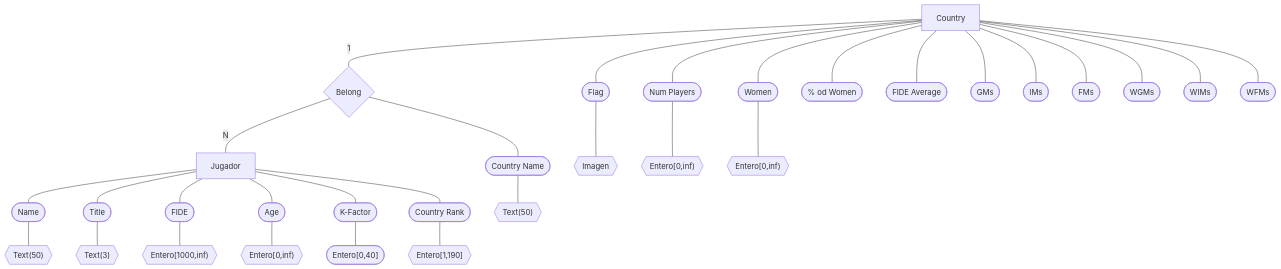
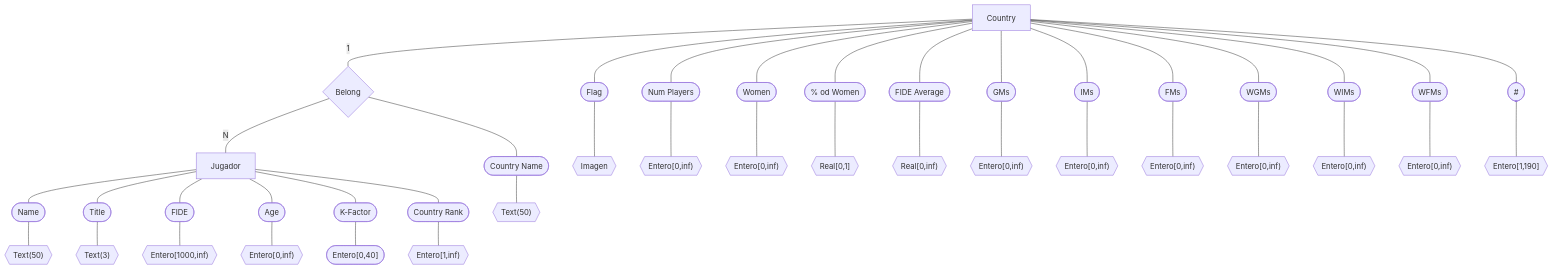
The diagram in TAREA2.md (HelenaCarrillo/BDR), drawn with Mermaid before and after one commit.

Commit message:
FLOWCHART edit

````diff
--- a/TAREA2.md
+++ b/TAREA2.md
@@ -3,35 +3,45 @@
 ```mermaid
 flowchart 
     id1[Jugador]---j1([Name])
     j1---dj1{{"Text(50)"}}
     id1[Jugador]---j2([Title])
     j2---dj2{{"Text(3)"}}
     id1[Jugador]---j3([FIDE])
     j3---dj3{{"Entero[1000,inf)"}}
     id1---j4([Age])
     j4---dj4{{"Entero[0,inf)"}}
     id1---j5([K-Factor])
     j5---dj5(["Entero[0,40]"])
     id2[Country]--1---r1{Belong}
     r1--N---id1
     id1---j6([Country Rank])
-    j6---dj6{{"Entero[1,190]"}}
+    j6---dj6{{"Entero[1,inf)"}}
     jc2---djc2{{"Text(50)"}}
     r1---jc2([Country Name])
     id2---c1([Flag])
     c1---dc1{{Imagen}}
     id2---c2([Num Players])
     c2---dc2{{"Entero[0,inf)"}}
     id2---c3([Women])
     c3---dc3{{"Entero[0,inf)"}}
     id2---c4([% od Women])
+    c4---dc4{{"Real[0,1]"}}
     id2---c5([FIDE Average])
+    c5---dc5{{"Real[0,inf)"}}
     id2---c6([GMs])
+    c6---dc6{{"Entero[0,inf)"}}
     id2---c7([IMs])
+    c7---dc7{{"Entero[0,inf)"}}
     id2---c8([FMs])
+    c8---dc8{{"Entero[0,inf)"}}
     id2---c9([WGMs])
+    c9---dc9{{"Entero[0,inf)"}}
     id2---c10([WIMs])
+    c10---dc10{{"Entero[0,inf)"}}
     id2---c11([WFMs])
+    c11---dc11{{"Entero[0,inf)"}}
+    id2---c12(["#"])
+    c12---dc12{{"Entero[1,190]"}}
 
 
 ```
````
